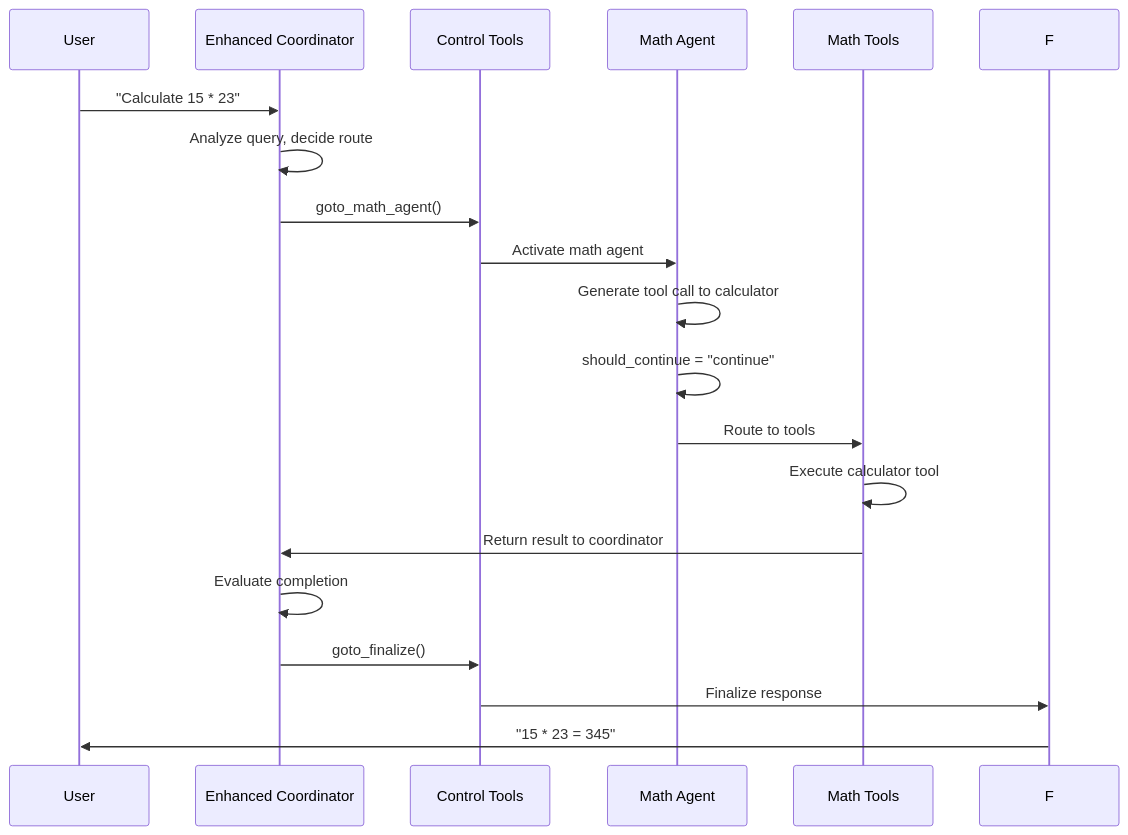
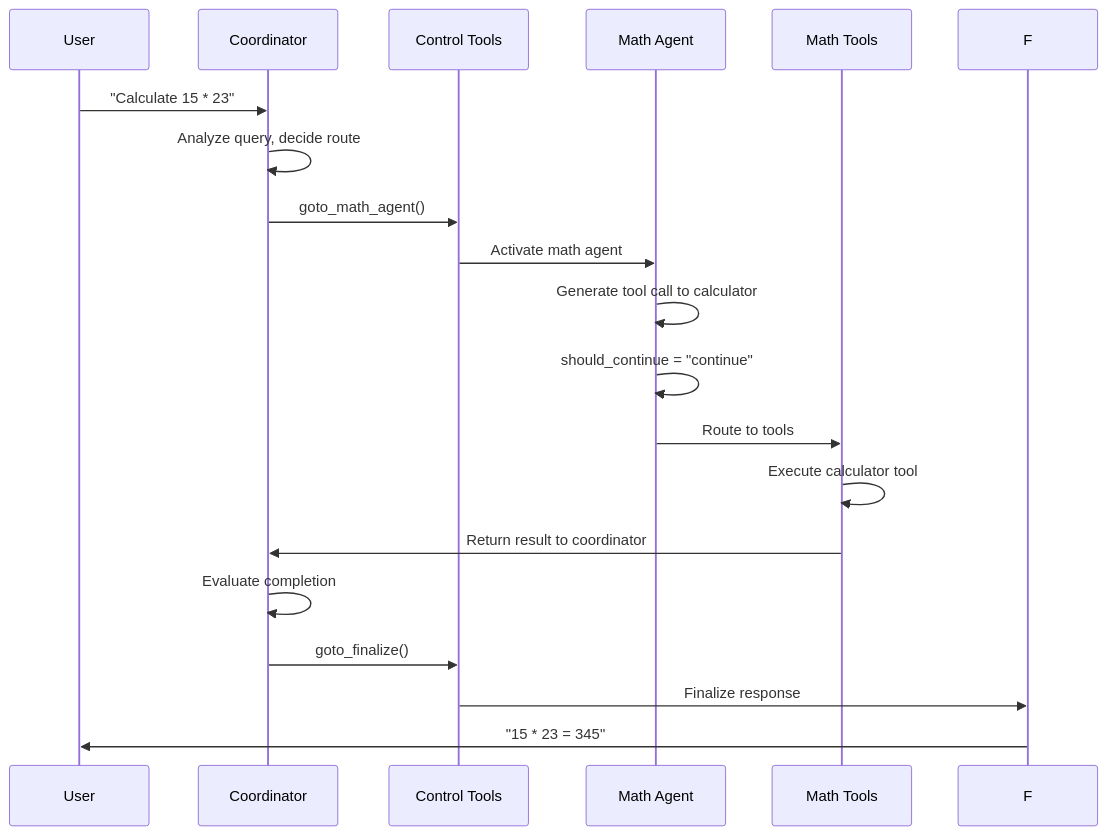
Before and after one commit to jonaskahn/cadence: the ninth of 9 diagrams in docs/concepts/langgraph-architecture.md, drawn with Mermaid. The commit also changed other lines of this file and 23 other files, not shown here.

````diff
--- a/docs/concepts/langgraph-architecture.md
+++ b/docs/concepts/langgraph-architecture.md
@@ -447,22 +527,22 @@
 ```mermaid
 sequenceDiagram
     participant U as User
-    participant C as Enhanced Coordinator
+    participant C as Coordinator
     participant CT as Control Tools
     participant MA as Math Agent
     participant MT as Math Tools
-    
+
     U->>C: "Calculate 15 * 23"
     C->>C: Analyze query, decide route
     C->>CT: goto_math_agent()
     CT->>MA: Activate math agent
     MA->>MA: Generate tool call to calculator
     MA->>MA: should_continue = "continue"
     MA->>MT: Route to tools
     MT->>MT: Execute calculator tool
     MT->>C: Return result to coordinator
     C->>C: Evaluate completion
     C->>CT: goto_finalize()
     CT->>F: Finalize response
     F->>U: "15 * 23 = 345"
 ```
````
